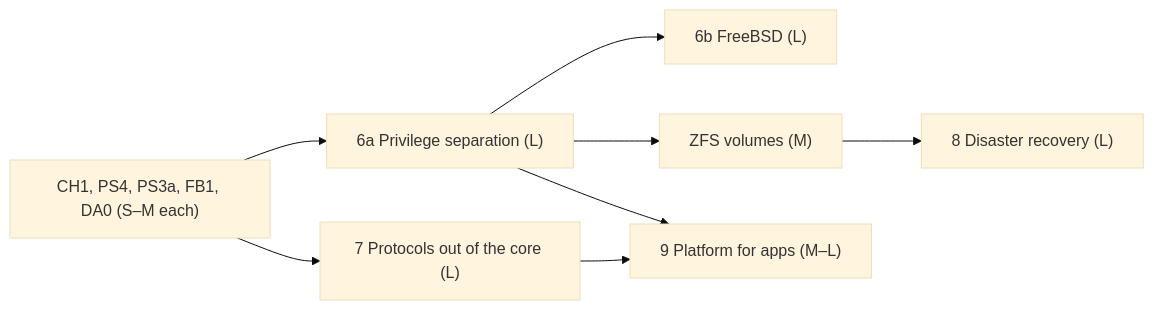
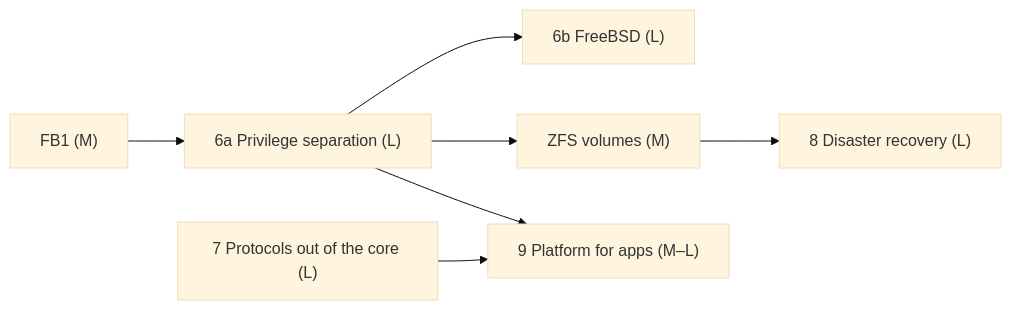
One commit to jrobhoward/paddock changed the diagram in docs/ROADMAP.md. Above: the diagram before and after it, drawn with Mermaid (base theme). The commit also changed other lines of this file and 27 other files, not shown here.

````diff
--- a/docs/ROADMAP.md
+++ b/docs/ROADMAP.md
@@ -71,11 +71,10 @@
 ```mermaid
 flowchart LR
-    first["CH1, PS4, PS3a, FB1, DA0 (S–M each)"] --> p6a["6a Privilege separation (L)"]
-    first --> p7
+    first["FB1 (M)"] --> p6a["6a Privilege separation (L)"]
     p6a --> p6b["6b FreeBSD (L)"]
     p6a --> zfs["ZFS volumes (M)"]
     p6a --> p9["9 Platform for apps (M–L)"]
     p7["7 Protocols out of the core (L)"] --> p9
     p8["8 Disaster recovery (L)"]
     zfs --> p8
 ```
````
